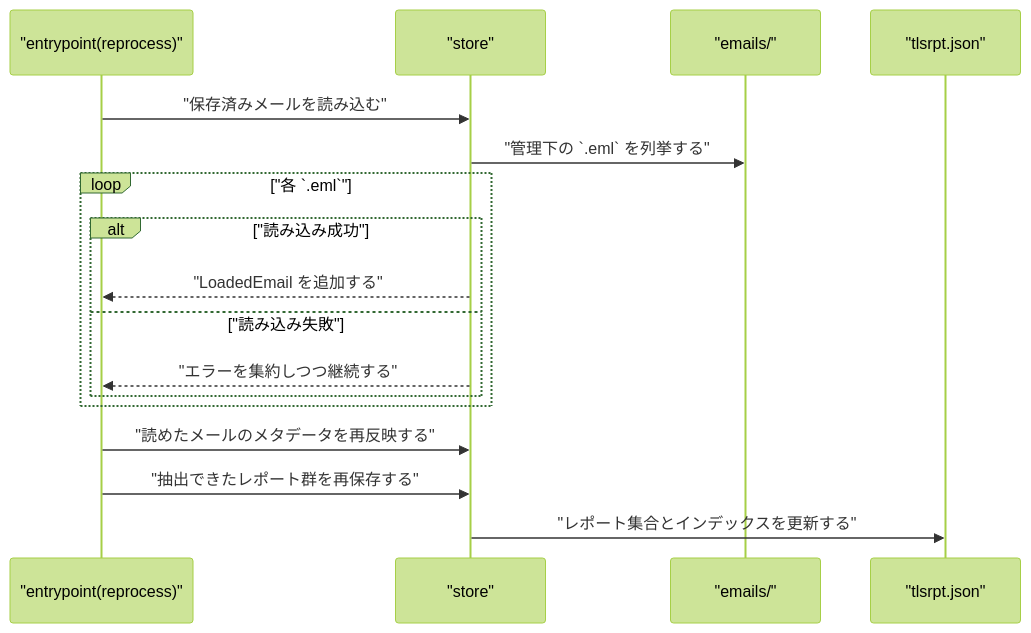
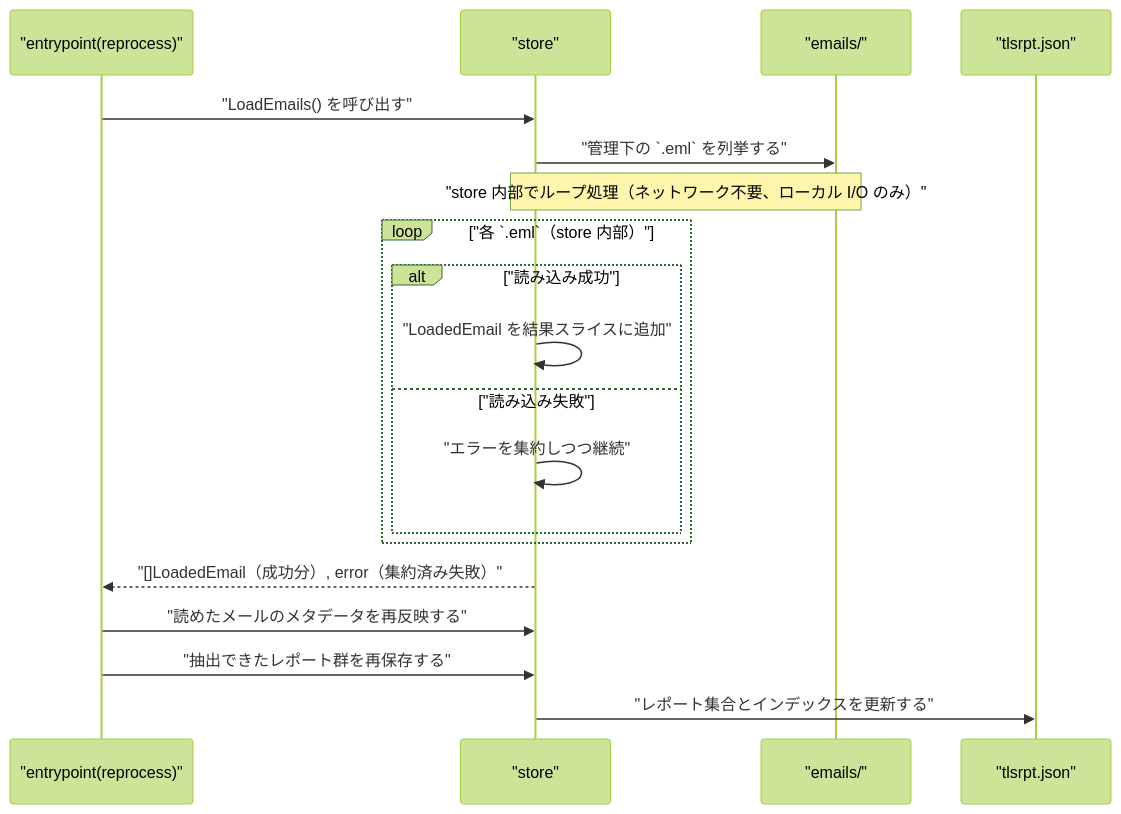
Before and after one commit to isseis/tlsrpt-digest: diagram 11 of 15 in docs/tasks/0040_store/02_architecture.md, drawn with Mermaid (forest theme).

Commit message:
docs(store/arch): fix LoadEmails sequence diagram to show batch return
The diagram showed LoadedEmail being returned one by one (streaming
style), which contradicted the []LoadedEmail slice interface. Fixed
to show that iteration is internal to the store; LoadEmails returns
all results at once after processing all files.

Added note clarifying this is local I/O only (no network),
addressing the sequential/parallel concern in the review comment.

The []LoadedEmail slice interface is appropriate for this use case:
- Email count is GC-bounded (max_email_age_days × daily fetch rate),
  typically well below OOM territory
- *mail.Message is a pointer; struct overhead is ~70 bytes per entry
- TLSRPT emails are small; 10k emails × headers ≈ tens of MB

````diff
--- a/docs/tasks/0040_store/02_architecture.md
+++ b/docs/tasks/0040_store/02_architecture.md
@@ -413,20 +413,22 @@
 ```mermaid
 sequenceDiagram
     participant EP as "entrypoint(reprocess)"
     participant ST as "store"
     participant EF as "emails/"
     participant DF as "tlsrpt.json"
 
-    EP->>ST: "保存済みメールを読み込む"
+    EP->>ST: "LoadEmails() を呼び出す"
     ST->>EF: "管理下の `.eml` を列挙する"
-    loop "各 `.eml`"
+    Note over ST,EF: "store 内部でループ処理（ネットワーク不要、ローカル I/O のみ）"
+    loop "各 `.eml`（store 内部）"
         alt "読み込み成功"
-            ST-->>EP: "LoadedEmail を追加する"
+            ST->>ST: "LoadedEmail を結果スライスに追加"
         else "読み込み失敗"
-            ST-->>EP: "エラーを集約しつつ継続する"
+            ST->>ST: "エラーを集約しつつ継続"
         end
     end
+    ST-->>EP: "[]LoadedEmail（成功分）, error（集約済み失敗）"
     EP->>ST: "読めたメールのメタデータを再反映する"
     EP->>ST: "抽出できたレポート群を再保存する"
     ST->>DF: "レポート集合とインデックスを更新する"
 ```
````
